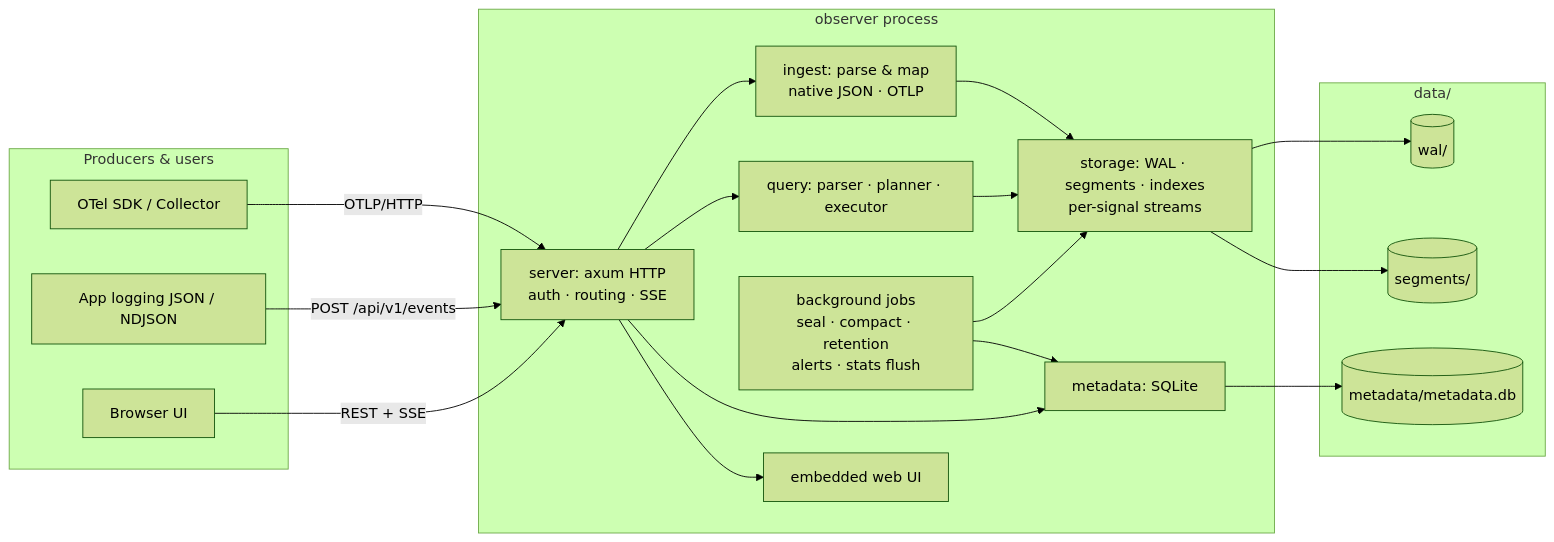
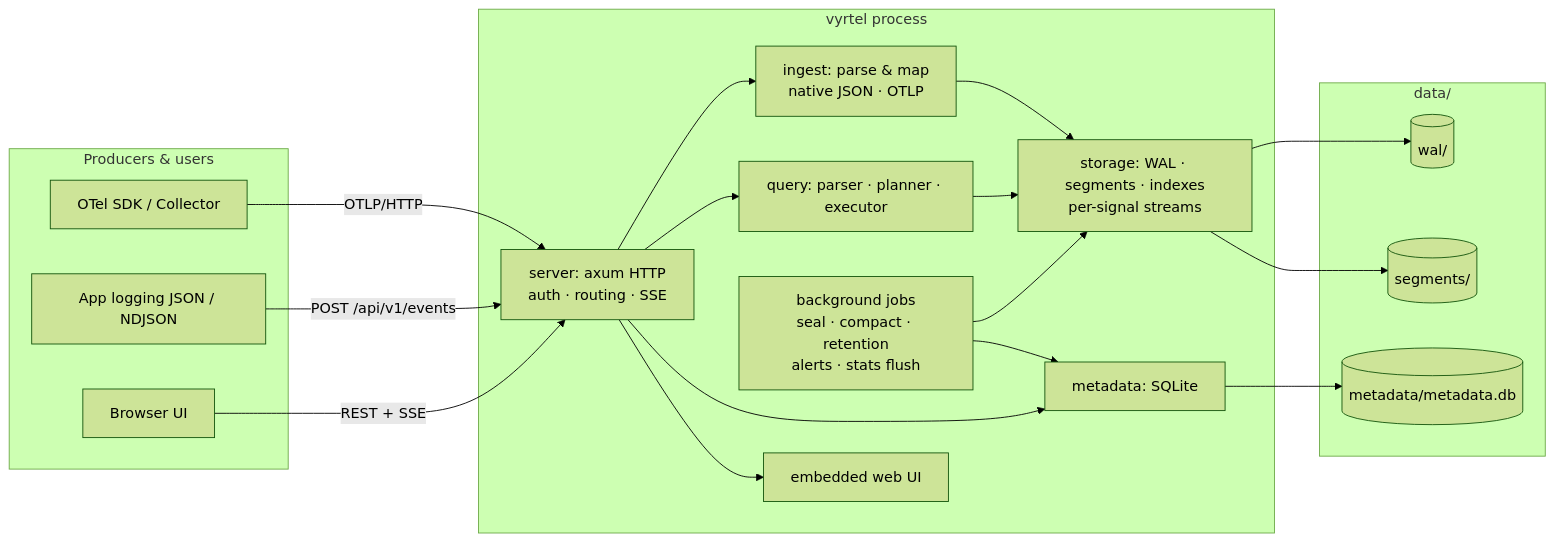
Before and after one commit to rowan-smith/Vyrtel: the first of 4 diagrams in docs/architecture.md, drawn with Mermaid (forest theme). The commit also changed other lines of this file and 59 other files, not shown here.

````diff
--- a/docs/architecture.md
+++ b/docs/architecture.md
@@ -6,36 +6,36 @@
 ```mermaid
 flowchart LR
     subgraph clients[Producers & users]
         SDK[OTel SDK / Collector]
         App[App logging JSON / NDJSON]
         UI[Browser UI]
     end
 
-    subgraph observer[observer process]
+    subgraph vyrtel[vyrtel process]
         HTTP[server: axum HTTP\nauth · routing · SSE]
         ING[ingest: parse & map\nnative JSON · OTLP]
         Q[query: parser · planner · executor]
         ST[storage: WAL · segments · indexes\nper-signal streams]
         MD[metadata: SQLite]
         BG[background jobs\nseal · compact · retention\nalerts · stats flush]
         WEB[embedded web UI]
     end
 
     subgraph disk[data/]
         WAL[(wal/)]
         SEG[(segments/)]
         DB[(metadata/metadata.db)]
     end
 
     SDK -- OTLP/HTTP --> HTTP
     App -- POST /api/v1/events --> HTTP
     UI -- REST + SSE --> HTTP
     HTTP --> ING --> ST
     HTTP --> Q --> ST
     HTTP --> MD
     HTTP --> WEB
     BG --> ST
     BG --> MD
     ST --> WAL & SEG
     MD --> DB
 ```
````
